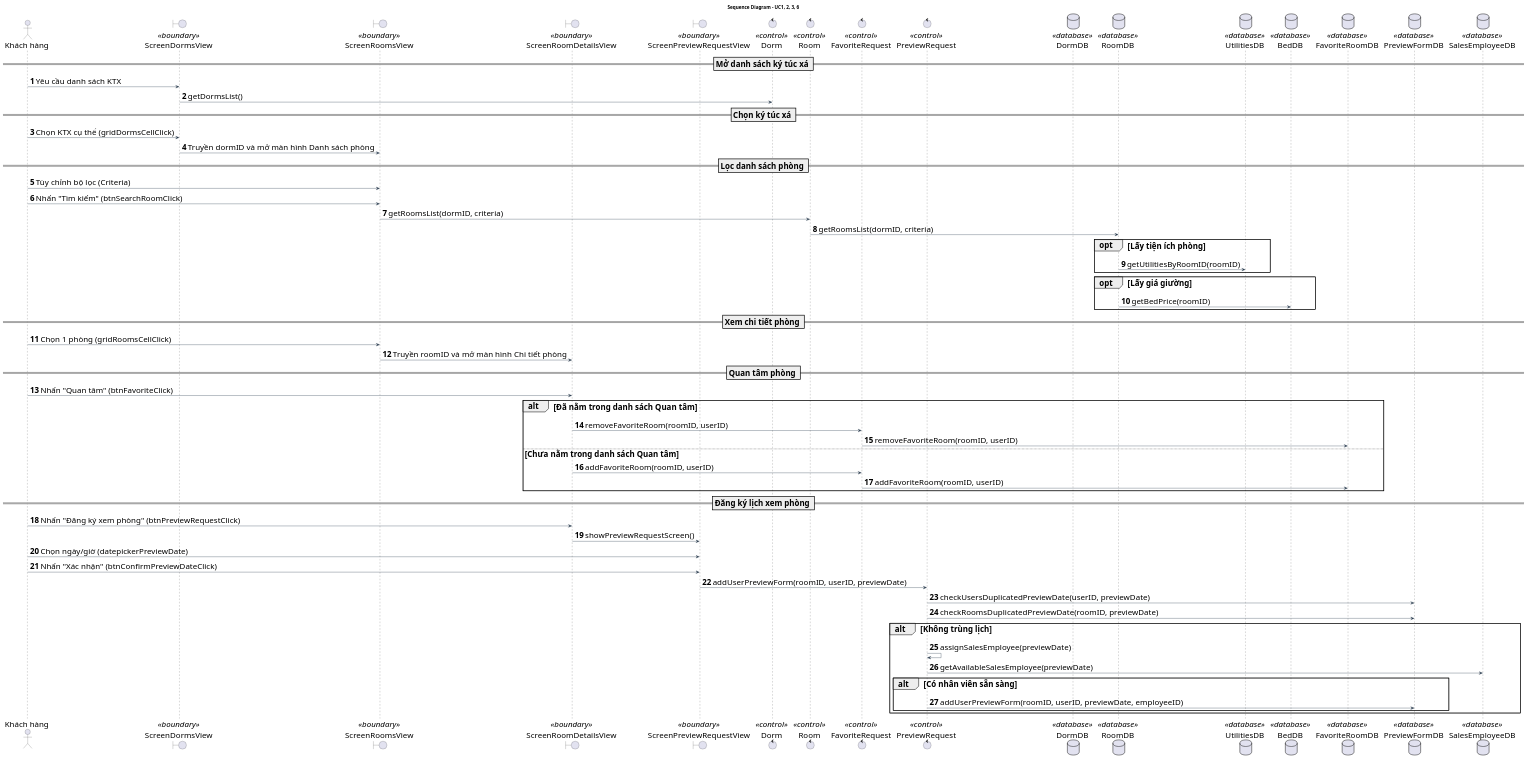
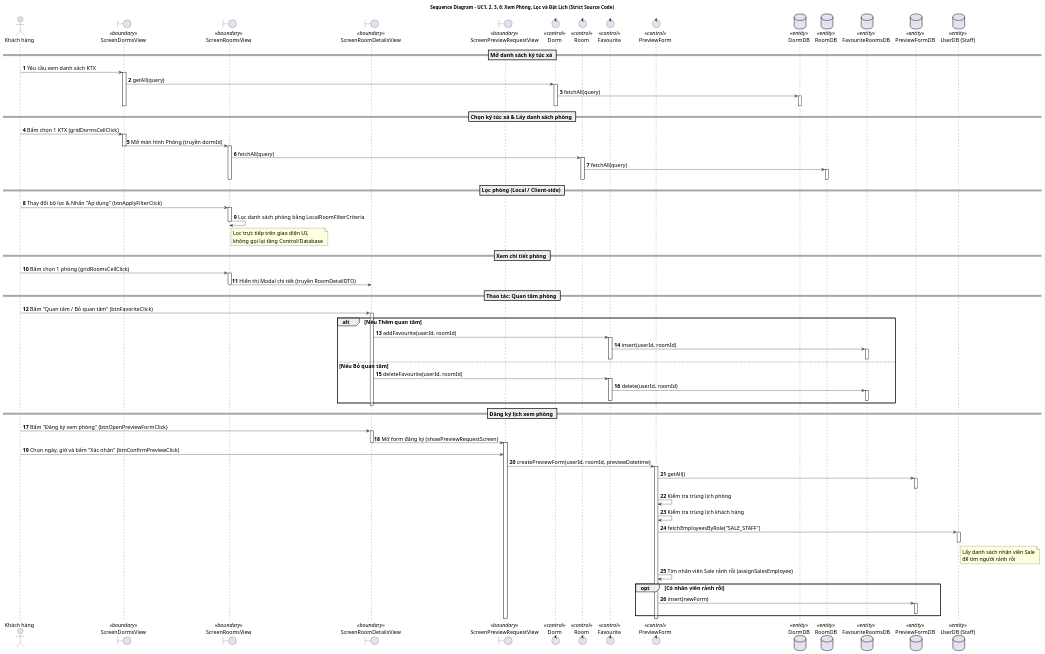
One commit to Gnourt812005/HCMUS-Analyze-and-desgin-IS changed the diagram in doc/system/xem_phong/XemPhong_SequenceDiagram.wsd. Above: the diagram before and after it, drawn with PlantUML. The commit also changed 7 other files, not shown here.

Commit message:
duong/sys-uc: update diagrams

```diff
--- a/doc/system/xem_phong/XemPhong_SequenceDiagram.wsd
+++ b/doc/system/xem_phong/XemPhong_SequenceDiagram.wsd
@@ -1,94 +1,125 @@
-@startuml XemPhong_SequenceDiagram
-title Sequence Diagram - UC1, 2, 3, 6
+@startuml Dormarch_SequenceDiagram_XemPhong_Perfect
+title Sequence Diagram - UC1, 2, 3, 6: Xem Phòng, Lọc và Đặt Lịch (Strict Source Code)
 
 ' --- STYLE CONFIGURATION ---
 skinparam {
     BackgroundColor White
     ArrowColor #2D3E50
     DefaultFontName "Arial"
-    DefaultFontSize 24
-    ParticipantPadding 20
+    DefaultFontSize 16
+    ParticipantPadding 15
     BoxPadding 10
 }
+
+autonumber
 
 actor "Khách hàng" as Actor
 boundary "ScreenDormsView" as GUI_Dorms <<boundary>>
 boundary "ScreenRoomsView" as GUI_Rooms <<boundary>>
 boundary "ScreenRoomDetailsView" as GUI_Details <<boundary>>
 boundary "ScreenPreviewRequestView" as GUI_Preview <<boundary>>
+
 control "Dorm" as BUS_Dorm <<control>>
 control "Room" as BUS_Room <<control>>
-control "FavoriteRequest" as BUS_Fav <<control>>
-control "PreviewRequest" as BUS_Preview <<control>>
-database "DormDB" as DAO_Dorm <<database>>
-database "RoomDB" as DAO_Room <<database>>
-database "UtilitiesDB" as DAO_Utils <<database>>
-database "BedDB" as DAO_Bed <<database>>
-database "FavoriteRoomDB" as DAO_Fav <<database>>
-database "PreviewFormDB" as DAO_Preview <<database>>
-database "SalesEmployeeDB" as DAO_Sales <<database>>
+control "Favourite" as BUS_Fav <<control>>
+control "PreviewForm" as BUS_Preview <<control>>
 
-autonumber
+database "DormDB" as DAO_Dorm <<entity>>
+database "RoomDB" as DAO_Room <<entity>>
+database "FavouriteRoomsDB" as DAO_Fav <<entity>>
+database "PreviewFormDB" as DAO_Preview <<entity>>
+database "UserDB (Staff)" as DAO_User <<entity>>
 
 == Mở danh sách ký túc xá ==
-Actor -> GUI_Dorms: Yêu cầu danh sách KTX
-GUI_Dorms -> BUS_Dorm: getDormsList()
+Actor -> GUI_Dorms: Yêu cầu xem danh sách KTX
+activate GUI_Dorms
+    GUI_Dorms -> BUS_Dorm: getAll(query)
+    activate BUS_Dorm
+        BUS_Dorm -> DAO_Dorm: fetchAll(query)
+        activate DAO_Dorm
+        deactivate DAO_Dorm
+    deactivate BUS_Dorm
+deactivate GUI_Dorms
 
-== Chọn ký túc xá ==
-Actor -> GUI_Dorms: Chọn KTX cụ thể (gridDormsCellClick)
-GUI_Dorms -> GUI_Rooms: Truyền dormID và mở màn hình Danh sách phòng
+== Chọn ký túc xá & Lấy danh sách phòng ==
+Actor -> GUI_Dorms: Bấm chọn 1 KTX (gridDormsCellClick)
+activate GUI_Dorms
+    GUI_Dorms -> GUI_Rooms: Mở màn hình Phòng (truyền dormId)
+deactivate GUI_Dorms
 
-== Lọc danh sách phòng ==
-Actor -> GUI_Rooms: Tùy chỉnh bộ lọc (Criteria)
-Actor -> GUI_Rooms: Nhấn "Tìm kiếm" (btnSearchRoomClick)
+activate GUI_Rooms
+    GUI_Rooms -> BUS_Room: fetchAll(query)
+    activate BUS_Room
+        BUS_Room -> DAO_Room: fetchAll(query)
+        activate DAO_Room
+        deactivate DAO_Room
+    deactivate BUS_Room
+deactivate GUI_Rooms
 
-GUI_Rooms -> BUS_Room: getRoomsList(dormID, criteria)
-BUS_Room -> DAO_Room: getRoomsList(dormID, criteria)
-
-opt Lấy tiện ích phòng
-    DAO_Room -> DAO_Utils: getUtilitiesByRoomID(roomID)
-end
-
-opt Lấy giá giường
-    DAO_Room -> DAO_Bed: getBedPrice(roomID)
-end
+== Lọc phòng (Local / Client-side) ==
+Actor -> GUI_Rooms: Thay đổi bộ lọc & Nhấn "Áp dụng" (btnApplyFilterClick)
+activate GUI_Rooms
+    GUI_Rooms -> GUI_Rooms: Lọc danh sách phòng bằng LocalRoomFilterCriteria
+    note right of GUI_Rooms: Lọc trực tiếp trên giao diện UI,\nkhông gọi lại tầng Control/Database
+deactivate GUI_Rooms
 
 == Xem chi tiết phòng ==
-Actor -> GUI_Rooms: Chọn 1 phòng (gridRoomsCellClick)
-GUI_Rooms -> GUI_Details: Truyền roomID và mở màn hình Chi tiết phòng
+Actor -> GUI_Rooms: Bấm chọn 1 phòng (gridRoomsCellClick)
+activate GUI_Rooms
+    GUI_Rooms -> GUI_Details: Hiển thị Modal chi tiết (truyền RoomDetailDTO)
+deactivate GUI_Rooms
 
-== Quan tâm phòng ==
-Actor -> GUI_Details: Nhấn "Quan tâm" (btnFavoriteClick)
-
-alt Đã nằm trong danh sách Quan tâm
-    GUI_Details -> BUS_Fav: removeFavoriteRoom(roomID, userID)
-    BUS_Fav -> DAO_Fav: removeFavoriteRoom(roomID, userID)
-else Chưa nằm trong danh sách Quan tâm
-    GUI_Details -> BUS_Fav: addFavoriteRoom(roomID, userID)
-    BUS_Fav -> DAO_Fav: addFavoriteRoom(roomID, userID)
-end
+== Thao tác: Quan tâm phòng ==
+Actor -> GUI_Details: Bấm "Quan tâm / Bỏ quan tâm" (btnFavoriteClick)
+activate GUI_Details
+    alt Nếu Thêm quan tâm
+        GUI_Details -> BUS_Fav: addFavourite(userId, roomId)
+        activate BUS_Fav
+            BUS_Fav -> DAO_Fav: insert(userId, roomId)
+            activate DAO_Fav
+            deactivate DAO_Fav
+        deactivate BUS_Fav
+    else Nếu Bỏ quan tâm
+        GUI_Details -> BUS_Fav: deleteFavourite(userId, roomId)
+        activate BUS_Fav
+            BUS_Fav -> DAO_Fav: delete(userId, roomId)
+            activate DAO_Fav
+            deactivate DAO_Fav
+        deactivate BUS_Fav
+    end
+deactivate GUI_Details
 
 == Đăng ký lịch xem phòng ==
-Actor -> GUI_Details: Nhấn "Đăng ký xem phòng" (btnPreviewRequestClick)
-GUI_Details -> GUI_Preview: showPreviewRequestScreen()
+Actor -> GUI_Details: Bấm "Đăng ký xem phòng" (btnOpenPreviewFormClick)
+activate GUI_Details
+    GUI_Details -> GUI_Preview: Mở form đăng ký (showPreviewRequestScreen)
+deactivate GUI_Details
 
-Actor -> GUI_Preview: Chọn ngày/giờ (datepickerPreviewDate)
-Actor -> GUI_Preview: Nhấn "Xác nhận" (btnConfirmPreviewDateClick)
+activate GUI_Preview
+    Actor -> GUI_Preview: Chọn ngày, giờ và bấm "Xác nhận" (btnConfirmPreviewClick)
+    GUI_Preview -> BUS_Preview: createPreviewForm(userId, roomId, previewDatetime)
+    
+    activate BUS_Preview
+        BUS_Preview -> DAO_Preview: getAll()
+        activate DAO_Preview
+        deactivate DAO_Preview
 
-GUI_Preview -> BUS_Preview: addUserPreviewForm(roomID, userID, previewDate)
-BUS_Preview -> DAO_Preview: checkUsersDuplicatedPreviewDate(userID, previewDate)
-BUS_Preview -> DAO_Preview: checkRoomsDuplicatedPreviewDate(roomID, previewDate)
+        BUS_Preview -> BUS_Preview: Kiểm tra trùng lịch phòng
+        BUS_Preview -> BUS_Preview: Kiểm tra trùng lịch khách hàng
 
-alt Không trùng lịch
-    BUS_Preview -> BUS_Preview: assignSalesEmployee(previewDate)
-    BUS_Preview -> DAO_Sales: getAvailableSalesEmployee(previewDate)
+        BUS_Preview -> DAO_User: fetchEmployeesByRole("SALE_STAFF")
+        activate DAO_User
+        deactivate DAO_User
+        note right of DAO_User: Lấy danh sách nhân viên Sale\nđể tìm người rảnh rỗi
 
-    alt Có nhân viên sẵn sàng
-        BUS_Preview -> DAO_Preview: addUserPreviewForm(roomID, userID, previewDate, employeeID)
-    end
-end
+        BUS_Preview -> BUS_Preview: Tìm nhân viên Sale rảnh rỗi (assignSalesEmployee)
 
-deactivate BUS_Preview
+        opt Có nhân viên rảnh rỗi
+            BUS_Preview -> DAO_Preview: insert(newForm)
+            activate DAO_Preview
+            deactivate DAO_Preview
+        end
+    deactivate BUS_Preview
 deactivate GUI_Preview
 
 @enduml
```
